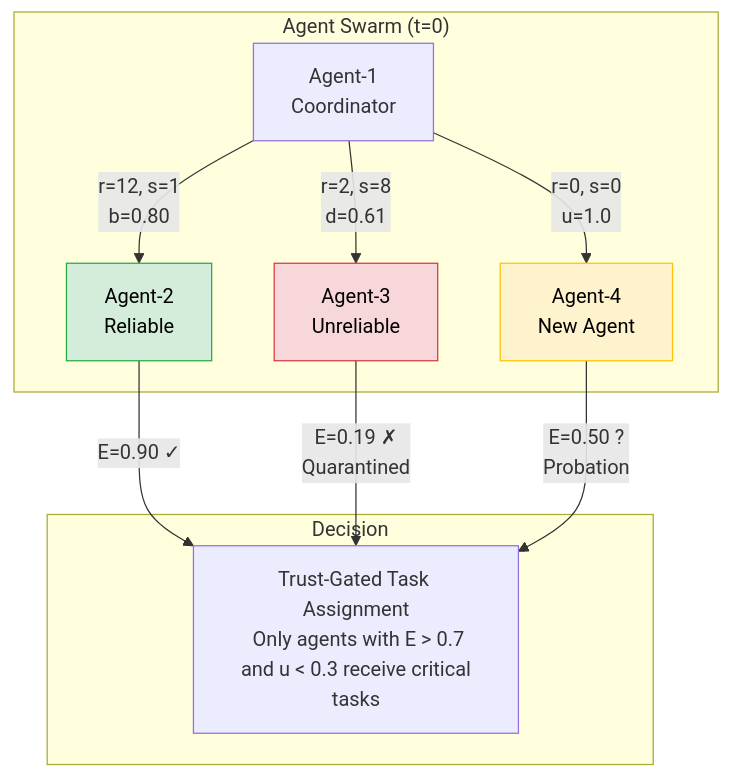
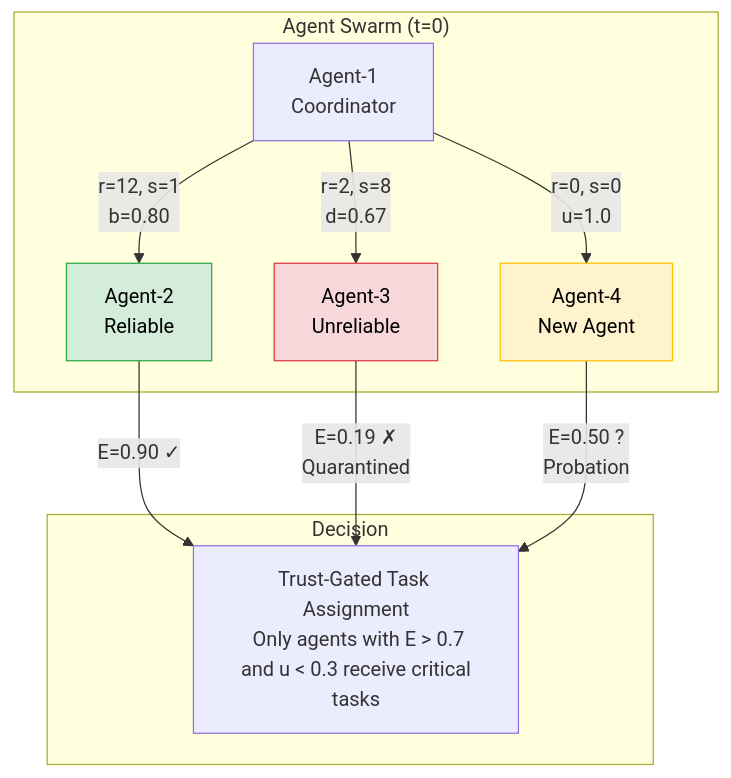
Before and after one commit to Steake/EQBSL: the sixth of 7 diagrams in rust/README.md, drawn with Mermaid. The commit also changed other lines of this file, not shown here.

Commit message:
docs(rust): fix diagram/code value mismatches and address review comments

````diff
--- a/rust/README.md
+++ b/rust/README.md
@@ -382,25 +384,25 @@
 ```mermaid
 graph TD
     subgraph Swarm["Agent Swarm (t=0)"]
         A1["Agent-1\n Coordinator"]
         A2["Agent-2\n Reliable"]
         A3["Agent-3\n Unreliable"]
         A4["Agent-4\n New Agent"]
     end
 
     A1 -->|"r=12, s=1\n b=0.80"| A2
-    A1 -->|"r=2, s=8\n d=0.61"| A3
+    A1 -->|"r=2, s=8\n d=0.67"| A3
     A1 -->|"r=0, s=0\n u=1.0"| A4
 
     subgraph Decision
         D["Trust-Gated Task Assignment\n Only agents with E > 0.7\n and u < 0.3 receive critical tasks"]
     end
 
     A2 -->|"E=0.90 ✓"| D
     A3 -->|"E=0.19 ✗\n Quarantined"| D
     A4 -->|"E=0.50 ?\n Probation"| D
 
     style A3 fill:#f8d7da,stroke:#dc3545,color:#000000
     style A2 fill:#d4edda,stroke:#28a745,color:#000000
     style A4 fill:#fff3cd,stroke:#ffc107,color:#000000
 ```
````
